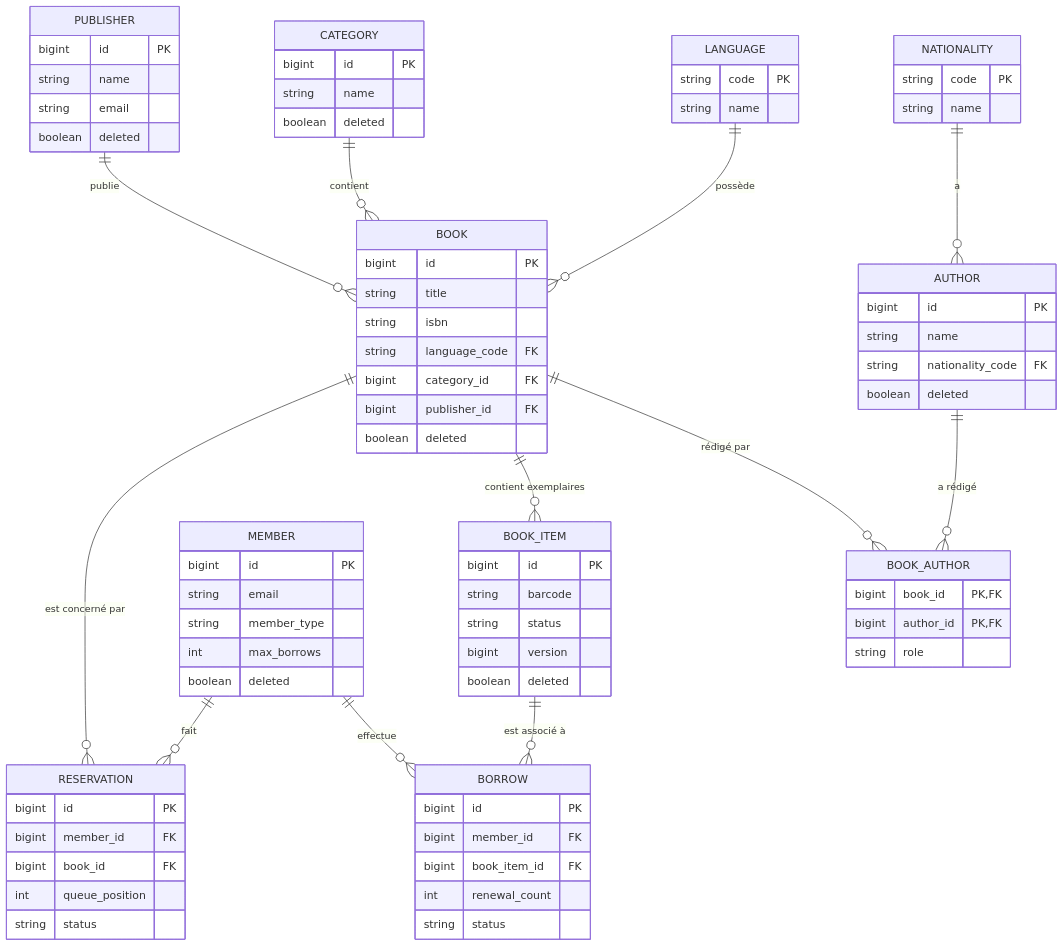
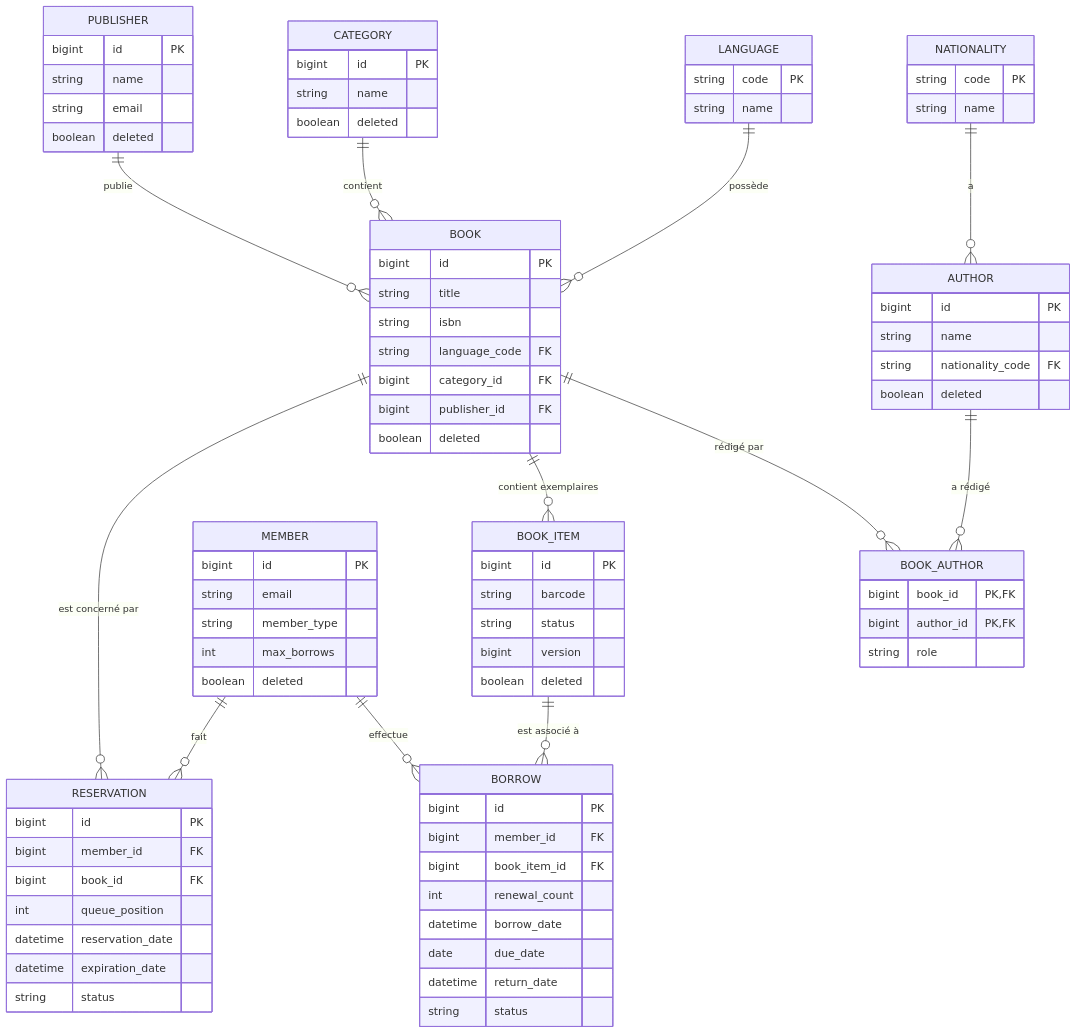
The diagram in README.md (mohameden19961/springbootprojet), drawn with Mermaid before and after one commit. The commit also changed other lines of this file and 17 other files, not shown here.

```diff
--- a/README.md
+++ b/README.md
@@ -80,6 +80,8 @@
         bigint member_id FK
         bigint book_id FK
         int queue_position
+        datetime reservation_date
+        datetime expiration_date
         string status
     }
     BORROW {
@@ -87,6 +89,9 @@
         bigint member_id FK
         bigint book_item_id FK
         int renewal_count
+        datetime borrow_date
+        date due_date
+        datetime return_date
         string status
     }
 
```
